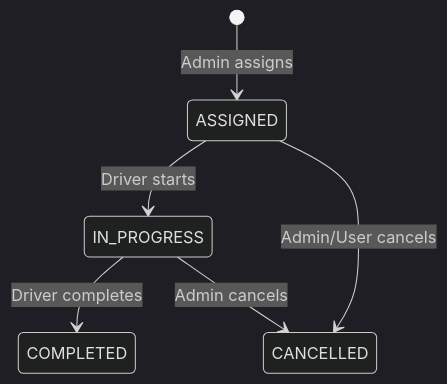
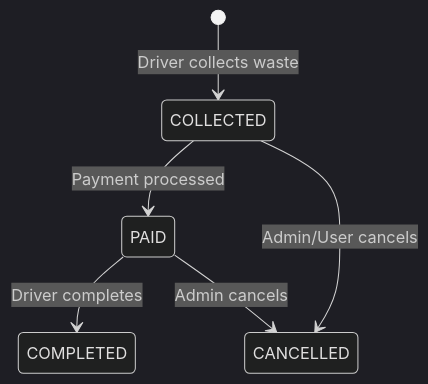
One commit to krish-anu/docs changed the diagram in client/pages/driver-bookings.mdx. Above: the diagram before and after it, drawn with Mermaid (dark theme). The commit also changed other lines of this file and 50 other files, not shown here.

````diff
--- a/client/pages/driver-bookings.mdx
+++ b/client/pages/driver-bookings.mdx
@@ -219,8 +227,8 @@
 ```mermaid
 stateDiagram-v2
-    [*] --> ASSIGNED: Admin assigns
-    ASSIGNED --> IN_PROGRESS: Driver starts
-    IN_PROGRESS --> COMPLETED: Driver completes
-    ASSIGNED --> CANCELLED: Admin/User cancels
-    IN_PROGRESS --> CANCELLED: Admin cancels
+    [*] --> COLLECTED: Driver collects waste
+    COLLECTED --> PAID: Payment processed
+    PAID --> COMPLETED: Driver completes
+    COLLECTED --> CANCELLED: Admin/User cancels
+    PAID --> CANCELLED: Admin cancels
 ```
````
